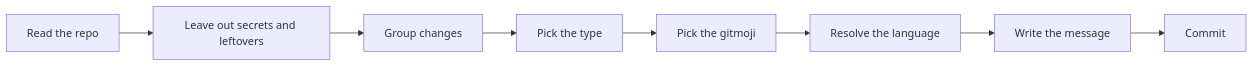
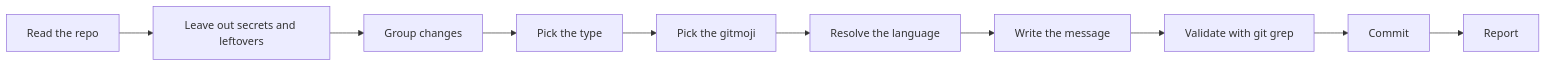
The diagram in README.md (CXmiloxx/gitmoji-commits), drawn with Mermaid before and after one commit. The commit also changed other lines of this file and 1 other file, not shown here.

First line of the commit message:
📝 docs(readme): plugin install, git checks and new layout

````diff
--- a/README.md
+++ b/README.md
@@ -101,10 +109,12 @@
 ```mermaid
 flowchart LR
     A[Read the repo] --> S[Leave out secrets and leftovers]
     S --> B[Group changes]
     B --> C[Pick the type]
     C --> D[Pick the gitmoji]
     D --> E[Resolve the language]
     E --> F[Write the message]
-    F --> G[Commit]
+    F --> V[Validate with git grep]
+    V --> G[Commit]
+    G --> R[Report]
 ```
````
